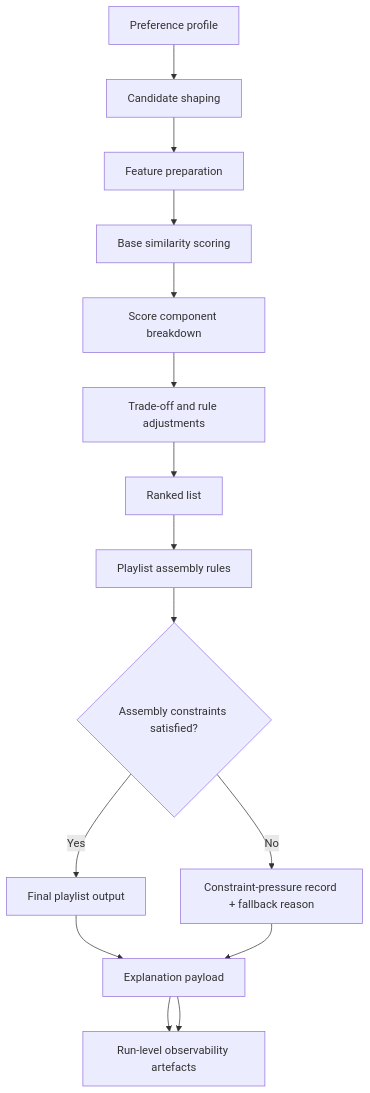
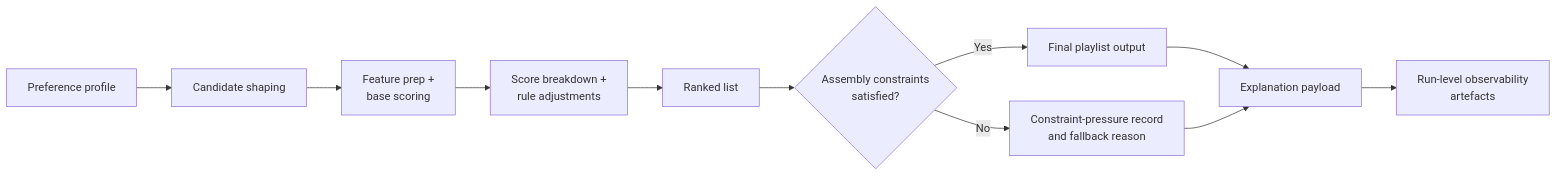
One commit to peachyplayzrb/thesis changed the diagram in 08_writing/figures/sources/figure_3_3_scoring_assembly.mmd. Above: the diagram before and after it, drawn with Mermaid. The commit also changed 17 other files, not shown here.

Commit message:
Harden thesis figure rendering and Word audit gate

```diff
--- a/08_writing/figures/sources/figure_3_3_scoring_assembly.mmd
+++ b/08_writing/figures/sources/figure_3_3_scoring_assembly.mmd
@@ -1,18 +1,15 @@
-flowchart TD
+flowchart LR
   A["Preference profile"]
   B["Candidate shaping"]
-  C["Feature preparation"]
-  D["Base similarity scoring"]
-  E["Score component breakdown"]
-  F["Trade-off and rule adjustments"]
-  G["Ranked list"]
-  H["Playlist assembly rules"]
-  I{"Assembly constraints satisfied?"}
-  J["Final playlist output"]
-  K["Constraint-pressure record + fallback reason"]
-  L["Explanation payload"]
-  M["Run-level observability artefacts"]
+  C["Feature prep +<br/>base scoring"]
+  D["Score breakdown +<br/>rule adjustments"]
+  E["Ranked list"]
+  F{"Assembly constraints<br/>satisfied?"}
+  G["Final playlist output"]
+  H["Constraint-pressure record<br/>and fallback reason"]
+  I["Explanation payload"]
+  J["Run-level observability<br/>artefacts"]
 
-  A --> B --> C --> D --> E --> F --> G --> H --> I
-  I -- Yes --> J --> L --> M
-  I -- No --> K --> L --> M
+  A --> B --> C --> D --> E --> F
+  F -- Yes --> G --> I --> J
+  F -- No --> H --> I
```
